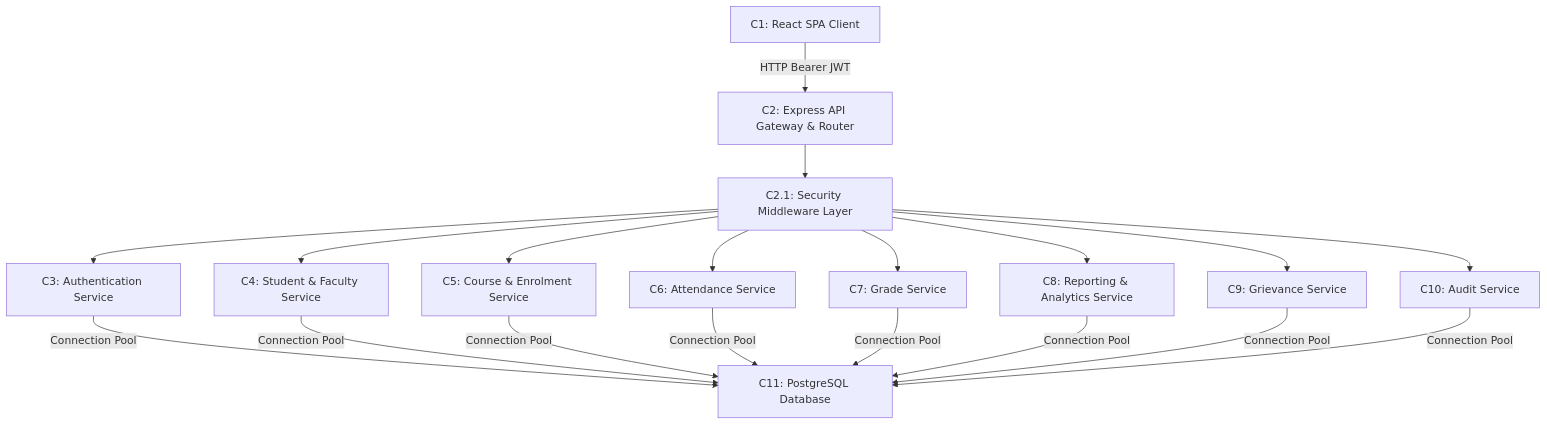
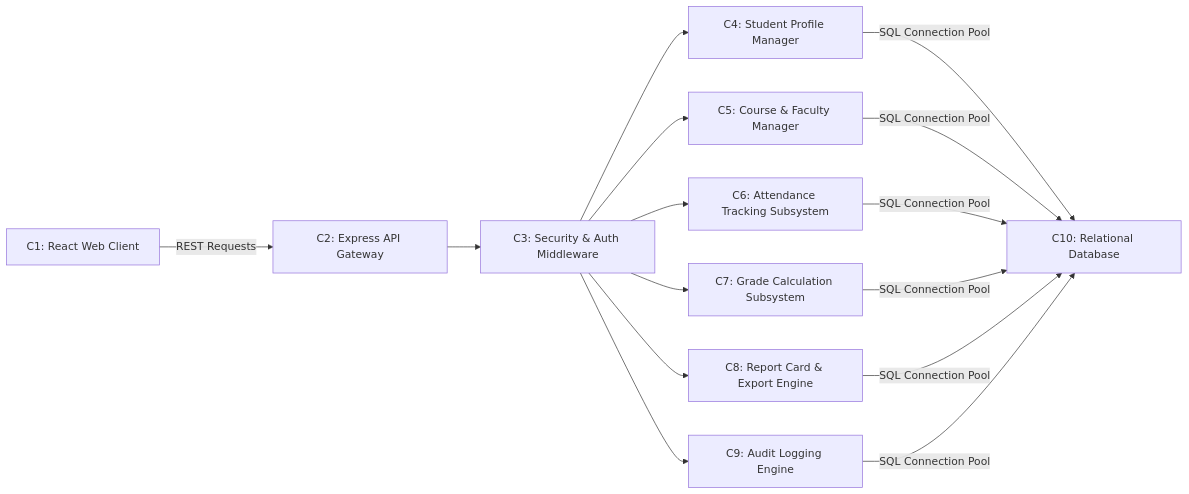
One commit to Nagashri2304/student-record-system changed the second of 6 diagrams in docs/3_ArchitectureDesign_StudentRecordSystem.md. Above: the diagram before and after it, drawn with Mermaid. The commit also changed other lines of this file and 7 other files, not shown here.

````diff
--- a/docs/3_ArchitectureDesign_StudentRecordSystem.md
+++ b/docs/3_ArchitectureDesign_StudentRecordSystem.md
@@ -126,28 +94,18 @@
 ```mermaid
-graph TD
-    C1["C1: React SPA Client"]
-    C2["C2: Express API Gateway & Router"]
-    C2_1["C2.1: Security Middleware Layer"]
-    C3["C3: Authentication Service"]
-    C4["C4: Student & Faculty Service"]
-    C5["C5: Course & Enrolment Service"]
-    C6["C6: Attendance Service"]
-    C7["C7: Grade Service"]
-    C8["C8: Reporting & Analytics Service"]
-    C9["C9: Grievance Service"]
-    C10["C10: Audit Service"]
-    C11["C11: PostgreSQL Database"]
+graph LR
+    C1["C1: React Web Client"]
+    C2["C2: Express API Gateway"]
+    C3["C3: Security & Auth Middleware"]
+    C4["C4: Student Profile Manager"]
+    C5["C5: Course & Faculty Manager"]
+    C6["C6: Attendance Tracking Subsystem"]
+    C7["C7: Grade Calculation Subsystem"]
+    C8["C8: Report Card & Export Engine"]
+    C9["C9: Audit Logging Engine"]
+    C10["C10: Relational Database"]
 
-    C1 -->|HTTP Bearer JWT| C2
-    C2 --> C2_1
-    C2_1 --> C3
-    C2_1 --> C4
-    C2_1 --> C5
-    C2_1 --> C6
-    C2_1 --> C7
-    C2_1 --> C8
-    C2_1 --> C9
-    C2_1 --> C10
-    
-    C3 & C4 & C5 & C6 & C7 & C8 & C9 & C10 -->|Connection Pool| C11
+    C1 -->|REST Requests| C2
+    C2 --> C3
+    C3 --> C4 & C5 & C6 & C7 & C8 & C9
+    C4 & C5 & C6 & C7 & C8 & C9 -->|SQL Connection Pool| C10
 ```
````
